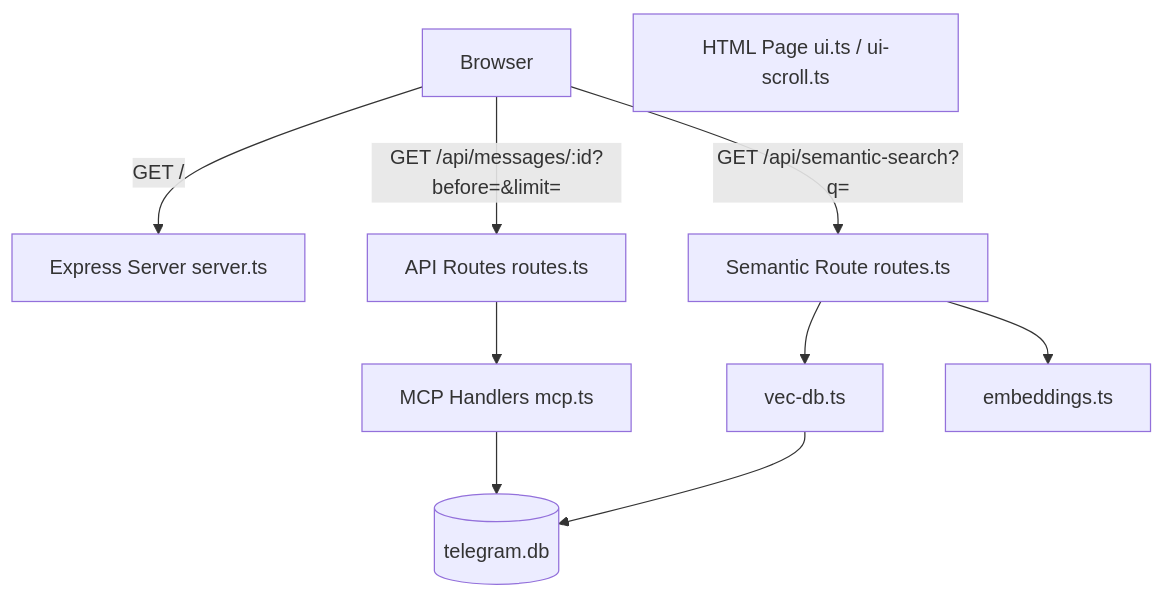
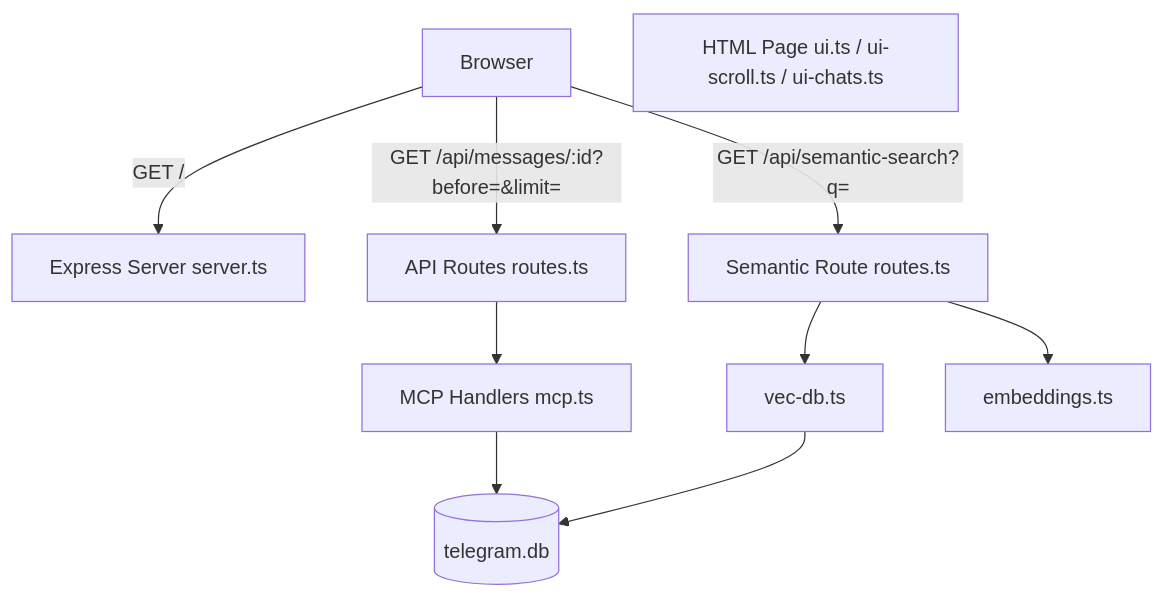
Before and after one commit to yanicklandry/khipuchat: the first of 4 diagrams in .kiro/specs/web-ui-enhancements/design.md, drawn with Mermaid. The commit also changed other lines of this file and 4 other files, not shown here.

````diff
--- a/.kiro/specs/web-ui-enhancements/design.md
+++ b/.kiro/specs/web-ui-enhancements/design.md
@@ -77,21 +80,21 @@
 ```mermaid
 graph TB
     Browser[Browser]
     Server[Express Server server.ts]
     Routes[API Routes routes.ts]
     SemanticRoute[Semantic Route routes.ts]
-    UI[HTML Page ui.ts / ui-scroll.ts]
+    UI[HTML Page ui.ts / ui-scroll.ts / ui-chats.ts]
     MCP[MCP Handlers mcp.ts]
     VecDb[vec-db.ts]
     Embed[embeddings.ts]
     DB[(telegram.db)]
 
     Browser -->|GET /| Server
     Browser -->|GET /api/messages/:id?before=&limit=| Routes
     Browser -->|GET /api/semantic-search?q=| SemanticRoute
     Routes --> MCP
     SemanticRoute --> VecDb
     SemanticRoute --> Embed
     MCP --> DB
     VecDb --> DB
 ```
````
